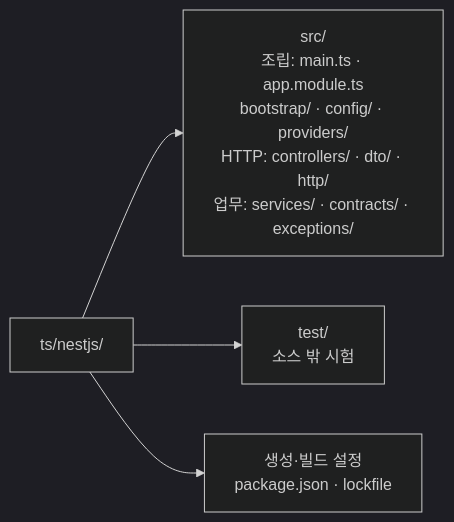
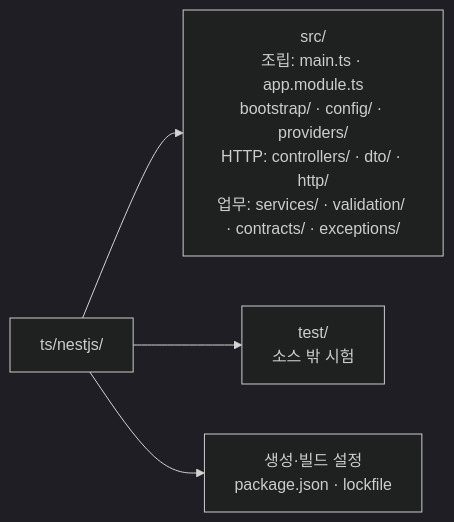
Before and after one commit to Dae-Jeong/BackendTemplate: the first of 3 diagrams in design/implementations/nestjs-structure.md, drawn with Mermaid (dark theme). The commit also changed other lines of this file and 7 other files, not shown here.

Commit message:
refactor(nestjs): separate reservation validation from repository facts

````diff
--- a/design/implementations/nestjs-structure.md
+++ b/design/implementations/nestjs-structure.md
@@ -16,6 +16,6 @@
 ```mermaid
 flowchart LR
-    ROOT["ts/nestjs/"] --> SRC["src/<br/>조립: main.ts · app.module.ts<br/>bootstrap/ · config/ · providers/<br/>HTTP: controllers/ · dto/ · http/<br/>업무: services/ · contracts/ · exceptions/"]
+    ROOT["ts/nestjs/"] --> SRC["src/<br/>조립: main.ts · app.module.ts<br/>bootstrap/ · config/ · providers/<br/>HTTP: controllers/ · dto/ · http/<br/>업무: services/ · validation/ · contracts/ · exceptions/"]
     ROOT --> TEST["test/<br/>소스 밖 시험"]
     ROOT --> TOOLS["생성·빌드 설정<br/>package.json · lockfile"]
 ```
````
